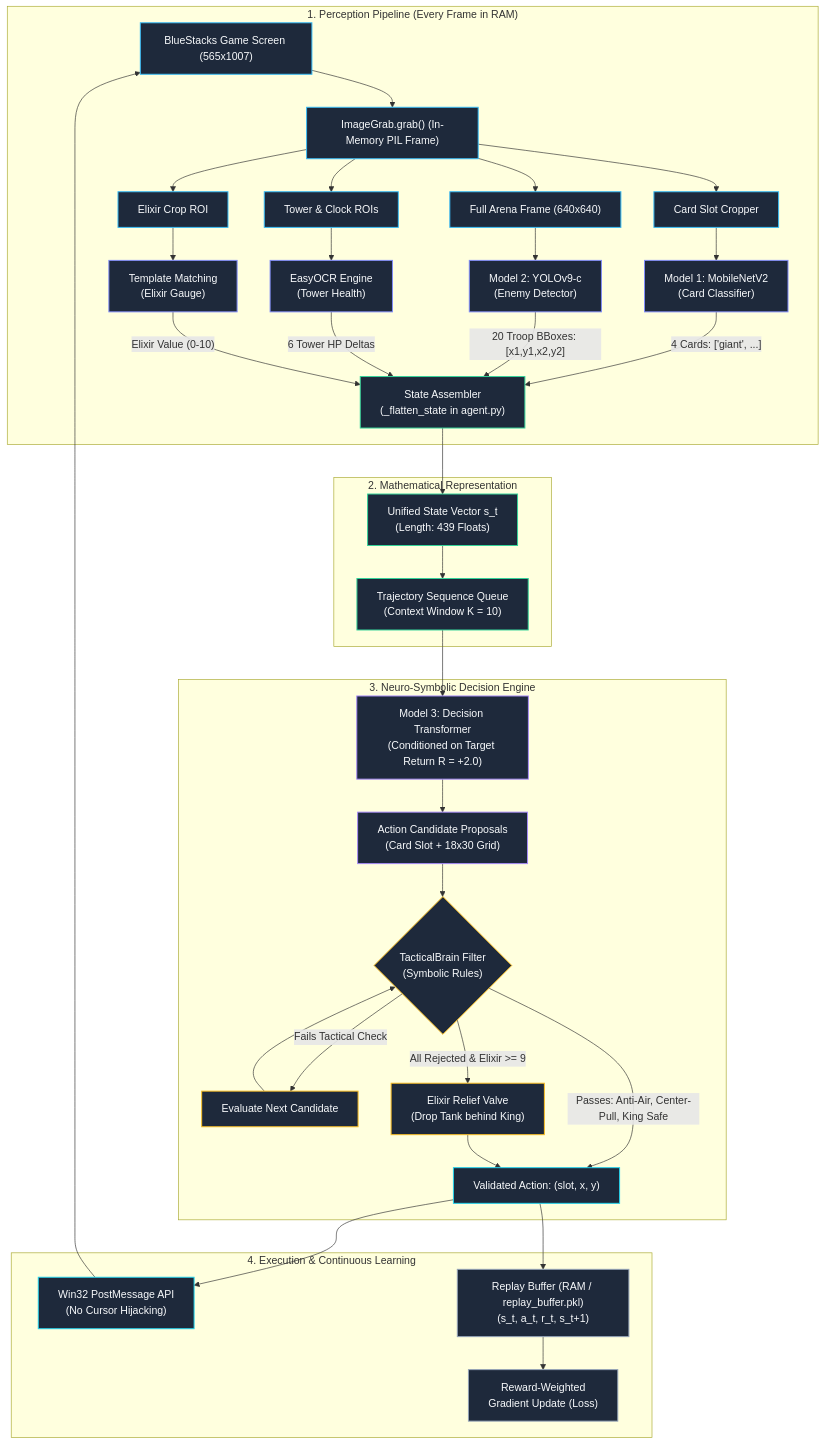
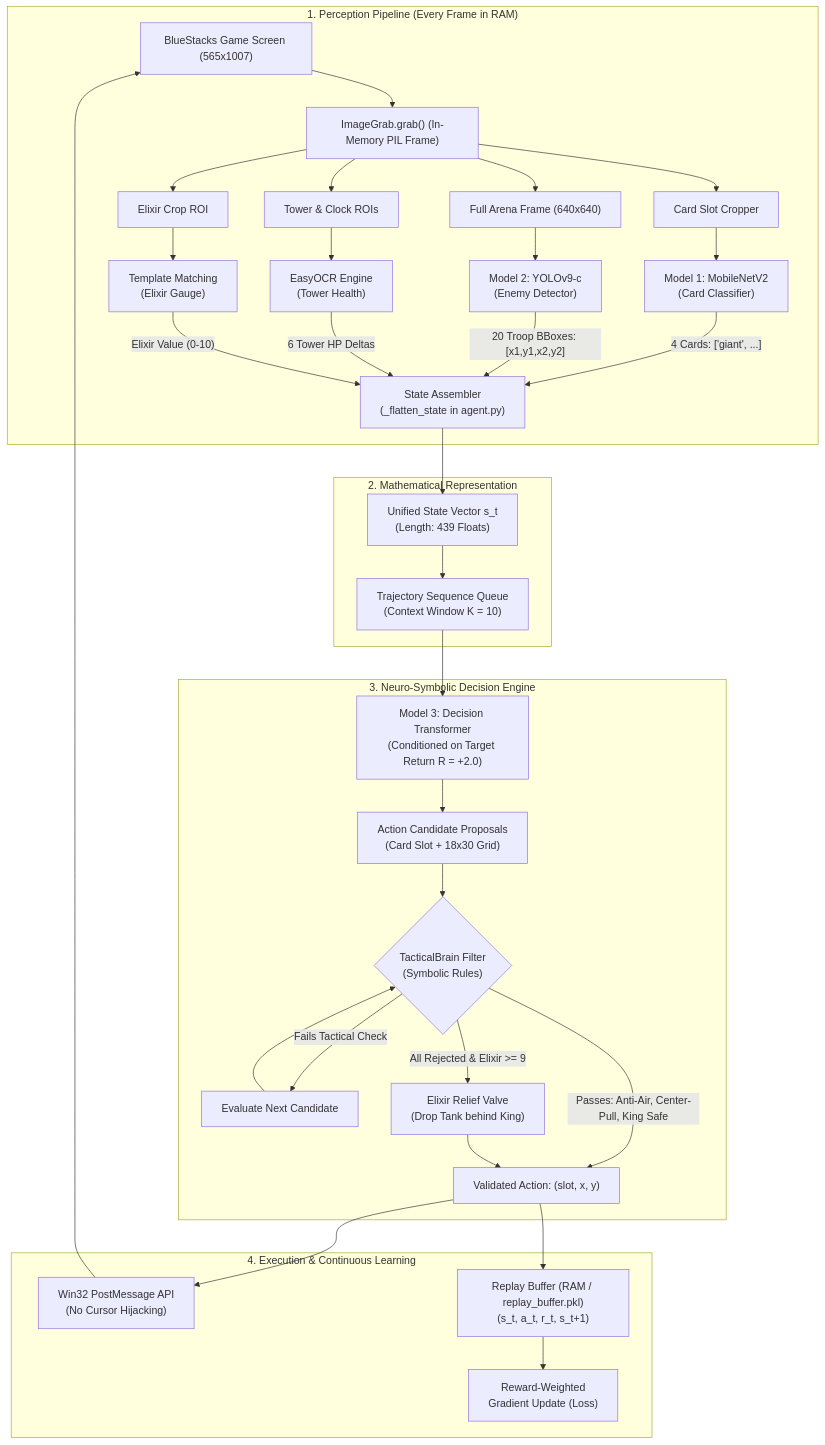
Before and after one commit to wavexnani/dl_project: the first of 2 diagrams in README.md, drawn with Mermaid. The commit also changed other lines of this file, not shown here.

Commit message:
style(readme): use GitHub native adaptive theme for architecture diagrams

````diff
--- a/README.md
+++ b/README.md
@@ -17,53 +17,44 @@
 ```mermaid
 graph TD
-    %% Professional Slate & Accent Theme
-    classDef input fill:#1e293b,stroke:#38bdf8,stroke-width:1.5px,color:#f8fafc;
-    classDef model fill:#1e293b,stroke:#818cf8,stroke-width:1.5px,color:#f8fafc;
-    classDef synth fill:#1e293b,stroke:#34d399,stroke-width:1.5px,color:#f8fafc;
-    classDef brain fill:#1e293b,stroke:#a78bfa,stroke-width:1.5px,color:#f8fafc;
-    classDef rule fill:#1e293b,stroke:#fbbf24,stroke-width:1.5px,color:#f8fafc;
-    classDef action fill:#1e293b,stroke:#22d3ee,stroke-width:1.5px,color:#f8fafc;
-    classDef training fill:#1e293b,stroke:#94a3b8,stroke-width:1.5px,color:#f8fafc;
-
     subgraph S1["1. Perception Pipeline (Every Frame in RAM)"]
-        BS["BlueStacks Game Screen (565x1007)"]:::input --> GRAB["ImageGrab.grab() (In-Memory PIL Frame)"]:::input
-        GRAB --> CROP["Card Slot Cropper"]:::input
-        GRAB --> FULL["Full Arena Frame (640x640)"]:::input
-        GRAB --> OCR["Tower & Clock ROIs"]:::input
-        GRAB --> ELX["Elixir Crop ROI"]:::input
+        BS["BlueStacks Game Screen (565x1007)"] --> GRAB["ImageGrab.grab() (In-Memory PIL Frame)"]
+        GRAB --> CROP["Card Slot Cropper"]
+        GRAB --> FULL["Full Arena Frame (640x640)"]
+        GRAB --> OCR["Tower & Clock ROIs"]
+        GRAB --> ELX["Elixir Crop ROI"]
         
-        CROP --> M1["Model 1: MobileNetV2\n(Card Classifier)"]:::model
-        FULL --> M2["Model 2: YOLOv9-c\n(Enemy Detector)"]:::model
-        OCR --> M_OCR["EasyOCR Engine\n(Tower Health)"]:::model
-        ELX --> M_ELX["Template Matching\n(Elixir Gauge)"]:::model
+        CROP --> M1["Model 1: MobileNetV2\n(Card Classifier)"]
+        FULL --> M2["Model 2: YOLOv9-c\n(Enemy Detector)"]
+        OCR --> M_OCR["EasyOCR Engine\n(Tower Health)"]
+        ELX --> M_ELX["Template Matching\n(Elixir Gauge)"]
         
-        M1 -->|"4 Cards: ['giant', ...]"| STATE["State Assembler\n(_flatten_state in agent.py)"]:::synth
+        M1 -->|"4 Cards: ['giant', ...]"| STATE["State Assembler\n(_flatten_state in agent.py)"]
         M2 -->|"20 Troop BBoxes: [x1,y1,x2,y2]"| STATE
         M_OCR -->|"6 Tower HP Deltas"| STATE
         M_ELX -->|"Elixir Value (0-10)"| STATE
     end
 
     subgraph S2["2. Mathematical Representation"]
-        STATE --> VEC["Unified State Vector s_t\n(Length: 439 Floats)"]:::synth
-        VEC --> HIST["Trajectory Sequence Queue\n(Context Window K = 10)"]:::synth
+        STATE --> VEC["Unified State Vector s_t\n(Length: 439 Floats)"]
+        VEC --> HIST["Trajectory Sequence Queue\n(Context Window K = 10)"]
     end
 
     subgraph S3["3. Neuro-Symbolic Decision Engine"]
-        HIST --> DT["Model 3: Decision Transformer\n(Conditioned on Target Return R = +2.0)"]:::brain
-        DT --> CAND["Action Candidate Proposals\n(Card Slot + 18x30 Grid)"]:::brain
+        HIST --> DT["Model 3: Decision Transformer\n(Conditioned on Target Return R = +2.0)"]
+        DT --> CAND["Action Candidate Proposals\n(Card Slot + 18x30 Grid)"]
         
-        CAND --> TB{"TacticalBrain Filter\n(Symbolic Rules)"}:::rule
-        TB -->|"Passes: Anti-Air, Center-Pull, King Safe"| EXEC["Validated Action: (slot, x, y)"]:::action
-        TB -->|"Fails Tactical Check"| NEXT_CAND["Evaluate Next Candidate"]:::rule
+        CAND --> TB{"TacticalBrain Filter\n(Symbolic Rules)"}
+        TB -->|"Passes: Anti-Air, Center-Pull, King Safe"| EXEC["Validated Action: (slot, x, y)"]
+        TB -->|"Fails Tactical Check"| NEXT_CAND["Evaluate Next Candidate"]
         NEXT_CAND --> TB
-        TB -->|"All Rejected & Elixir >= 9"| RELIEF["Elixir Relief Valve\n(Drop Tank behind King)"]:::rule
+        TB -->|"All Rejected & Elixir >= 9"| RELIEF["Elixir Relief Valve\n(Drop Tank behind King)"]
         RELIEF --> EXEC
     end
 
     subgraph S4["4. Execution & Continuous Learning"]
-        EXEC --> POST["Win32 PostMessage API\n(No Cursor Hijacking)"]:::action
+        EXEC --> POST["Win32 PostMessage API\n(No Cursor Hijacking)"]
         POST --> BS
-        EXEC --> BUFF["Replay Buffer (RAM / replay_buffer.pkl)\n(s_t, a_t, r_t, s_t+1)"]:::training
-        BUFF --> TRAIN["Reward-Weighted\nGradient Update (Loss)"]:::training
+        EXEC --> BUFF["Replay Buffer (RAM / replay_buffer.pkl)\n(s_t, a_t, r_t, s_t+1)"]
+        BUFF --> TRAIN["Reward-Weighted\nGradient Update (Loss)"]
     end
 ```
````
